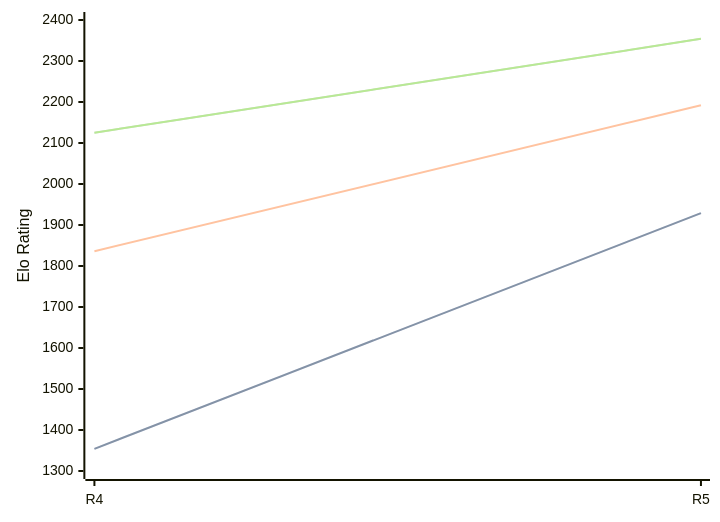
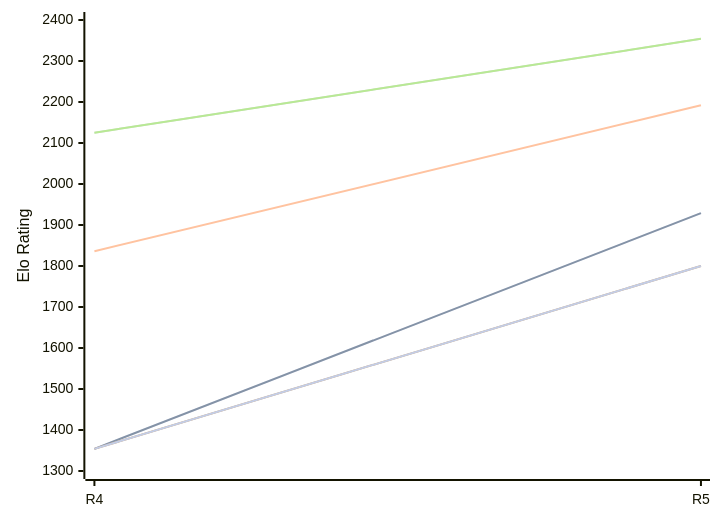
The diagram in engines/Viking.md (computer-chess-index/cci), drawn with Mermaid before and after one commit. The commit also changed other lines of this file, not shown here.

Commit message:
Update CCI Ratings (ELO VLTC) - 2026-10-11

````diff
--- a/engines/Viking.md
+++ b/engines/Viking.md
@@ -48,16 +48,13 @@
 ```mermaid
 %%{init: {"theme":"base","themeVariables":{"seriesColors:['#a3a3a3','#222221','#faa371']}}}%%
 xychart-beta
   x-axis ["R4", "R5"]
   y-axis "Elo Rating" 1300 --> 2400
   line "" [1354, 1929]
   line "T1: STC (8.0+0.08s)" [1354, 1929]
   line "T1: LTC (60.0+0.60s)" [1836, 2192]
   line "" [2125, 2354]
   line "T1: VLTC (2m24s+1.12s)" [2125, 2354]
-  line "" [1797]
-  line "E1: STC (8.0+0.08s)" [1797]
-  line "E1: LTC (60.0+0.60s)" [2103]
-  line "" [2147]
-  line "E1: VLTC (2m24s+1.12s)" [2147]
+  line "" [1354,1800]
+  line "E1: STC (8.0+0.08s)" [1354,1800]
 ```
````
